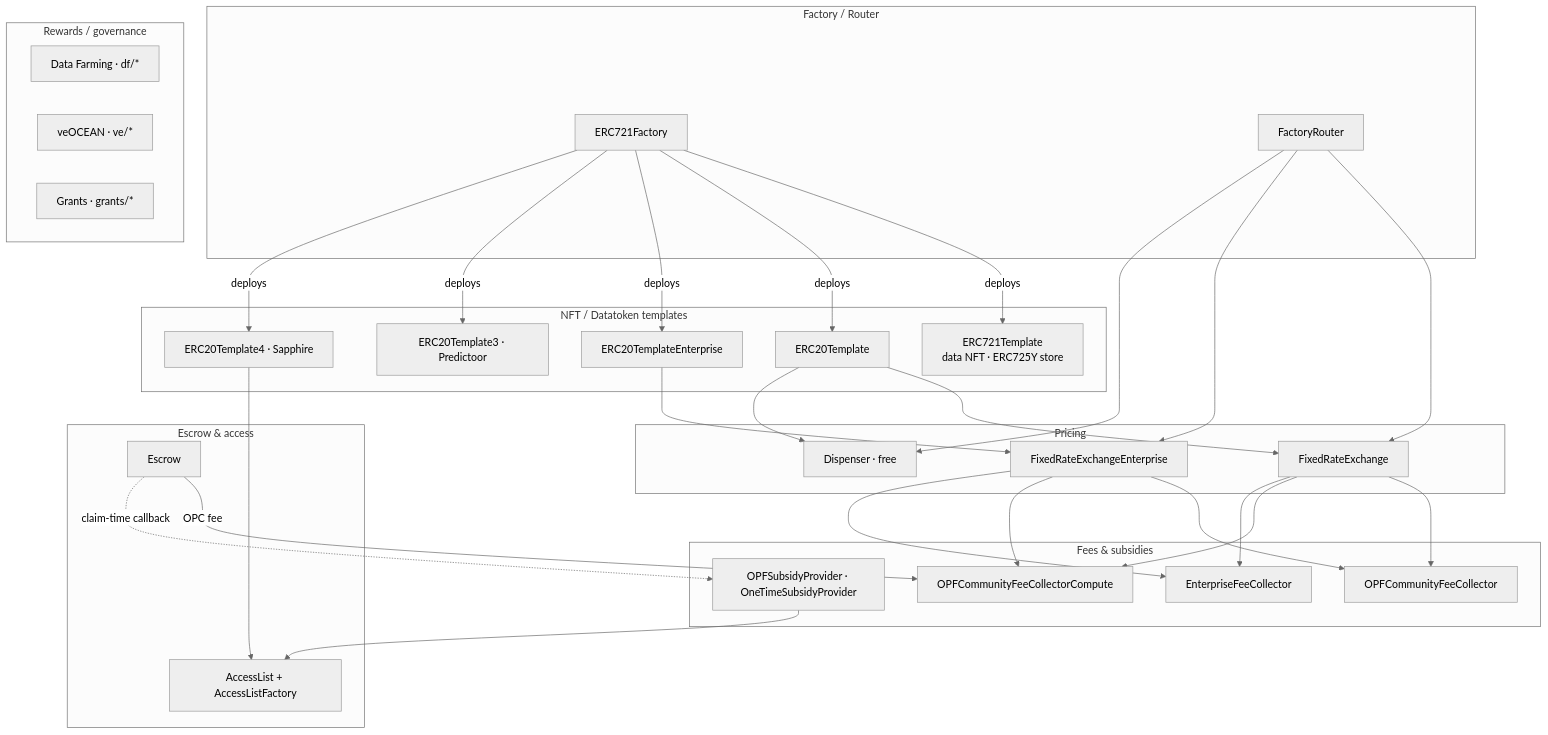
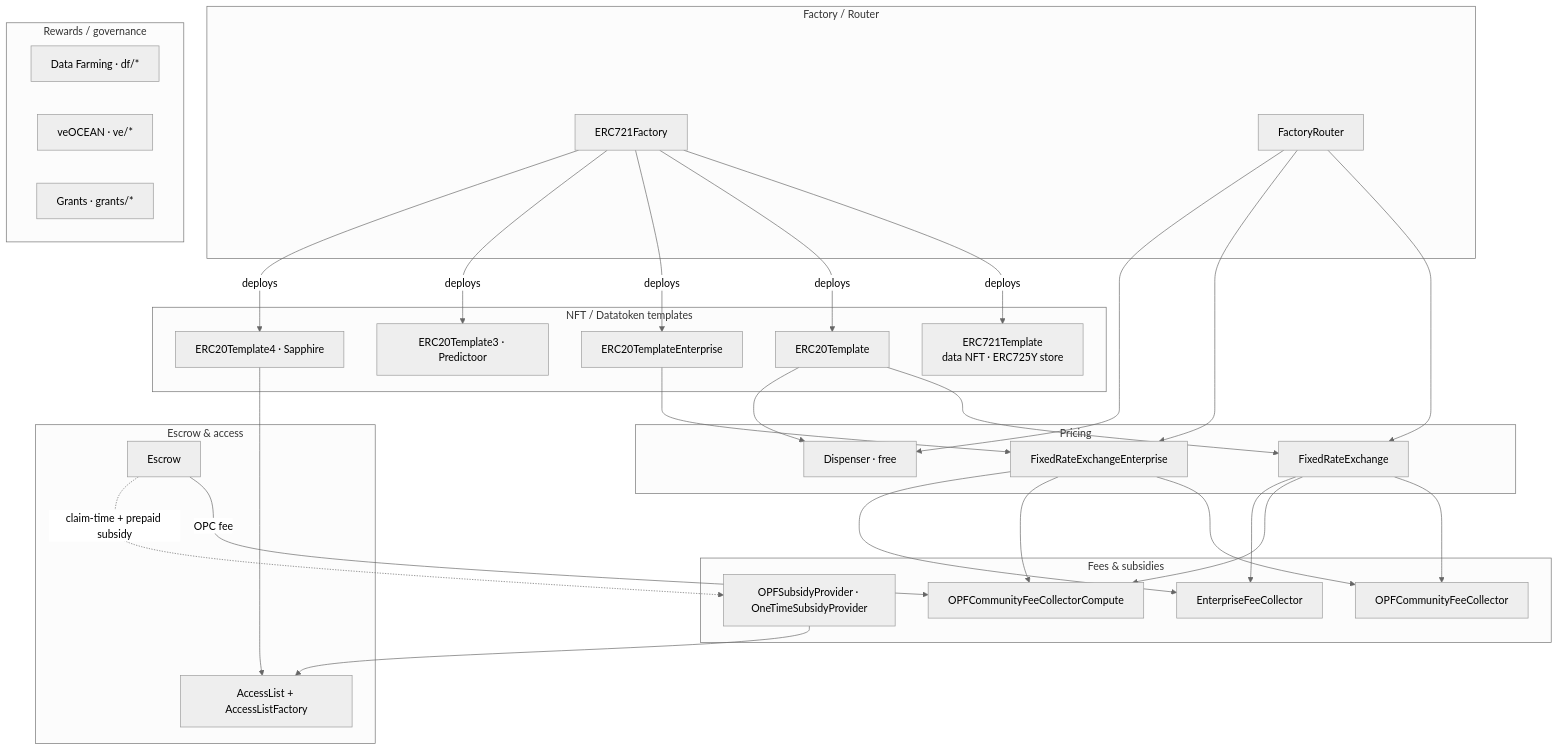
The diagram in README.md (oceanprotocol/contracts), drawn with Mermaid (neutral theme) before and after one commit. The commit also changed other lines of this file, not shown here.

````diff
--- a/README.md
+++ b/README.md
@@ -34,50 +34,50 @@
 ```mermaid
 flowchart TD
   subgraph Templates["NFT / Datatoken templates"]
     NFT[ERC721Template<br/>data NFT · ERC725Y store]
     DT[ERC20Template]
     DTE[ERC20TemplateEnterprise]
     DT3[ERC20Template3 · Predictoor]
     DT4[ERC20Template4 · Sapphire]
   end
 
   subgraph FactoryRouter["Factory / Router"]
     F[ERC721Factory]
     R[FactoryRouter]
   end
 
   subgraph Pricing["Pricing"]
     FRE[FixedRateExchange]
     FREE[FixedRateExchangeEnterprise]
     DISP[Dispenser · free]
   end
 
   subgraph Settlement["Escrow & access"]
     ESC[Escrow]
     AL[AccessList + AccessListFactory]
   end
 
   subgraph Fees["Fees & subsidies"]
     OPF[OPFCommunityFeeCollector]
     OPFC[OPFCommunityFeeCollectorCompute]
     EFC[EnterpriseFeeCollector]
     SUB[OPFSubsidyProvider · OneTimeSubsidyProvider]
   end
 
   subgraph Incentives["Rewards / governance"]
     DF[Data Farming · df/*]
     VE[veOCEAN · ve/*]
     GR[Grants · grants/*]
   end
 
   F -->|deploys| NFT
   F -->|deploys| DT & DTE & DT3 & DT4
   R --> FRE & FREE & DISP
   DT --> FRE & DISP
   DTE --> FREE
   FRE & FREE --> OPF & OPFC & EFC
   DT4 --> AL
   SUB --> AL
   ESC -->|OPC fee| OPFC
-  ESC -.->|claim-time callback| SUB
+  ESC -.->|claim-time + prepaid subsidy| SUB
 ```
````
